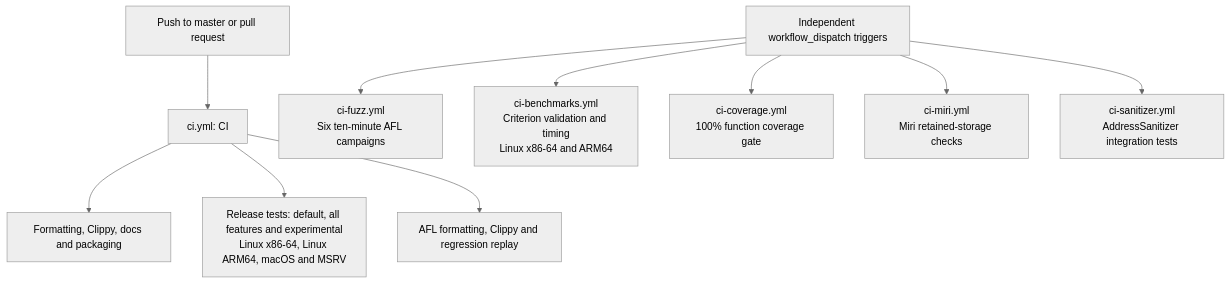
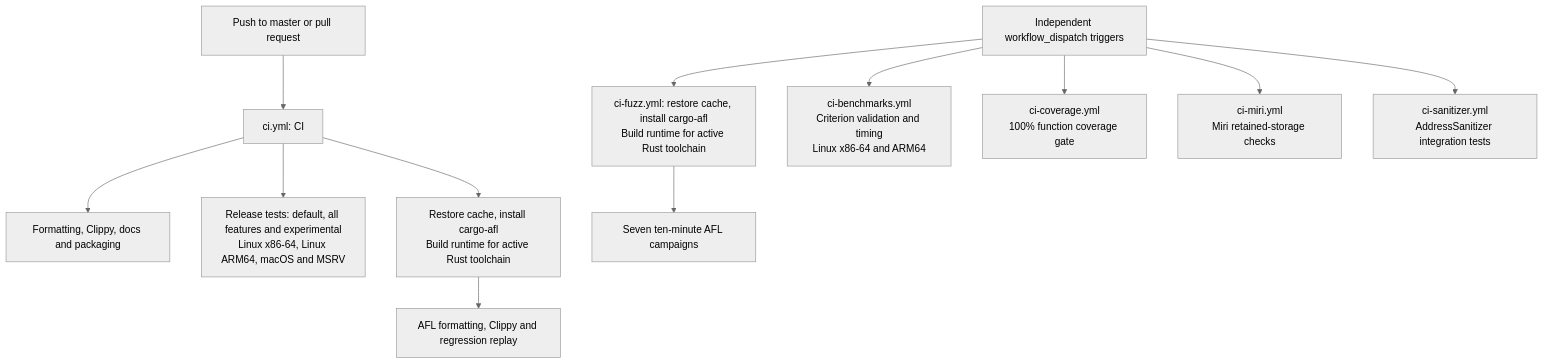
Before and after one commit to Mnwa/mbrotli: the diagram in architecture/ci.md, drawn with Mermaid (neutral theme). The commit also changed other lines of this file and 3 other files, not shown here.

````diff
--- a/architecture/ci.md
+++ b/architecture/ci.md
@@ -7,12 +7,14 @@
 ```mermaid
 flowchart TD
     automatic["Push to master or pull request"] --> fast["ci.yml: CI"]
     fast --> check["Formatting, Clippy, docs and packaging"]
     fast --> tests["Release tests: default, all features and experimental<br/>Linux x86-64, Linux ARM64, macOS and MSRV"]
-    fast --> replay["AFL formatting, Clippy and regression replay"]
-    manual["Independent workflow_dispatch triggers"] --> fuzz["ci-fuzz.yml<br/>Six ten-minute AFL campaigns"]
+    fast --> replaySetup["Restore cache, install cargo-afl<br/>Build runtime for active Rust toolchain"]
+    replaySetup --> replay["AFL formatting, Clippy and regression replay"]
+    manual["Independent workflow_dispatch triggers"] --> fuzzSetup["ci-fuzz.yml: restore cache, install cargo-afl<br/>Build runtime for active Rust toolchain"]
+    fuzzSetup --> fuzz["Seven ten-minute AFL campaigns"]
     manual --> bench["ci-benchmarks.yml<br/>Criterion validation and timing<br/>Linux x86-64 and ARM64"]
     manual --> coverage["ci-coverage.yml<br/>100% function coverage gate"]
     manual --> miri["ci-miri.yml<br/>Miri retained-storage checks"]
     manual --> asan["ci-sanitizer.yml<br/>AddressSanitizer integration tests"]
 ```
````
